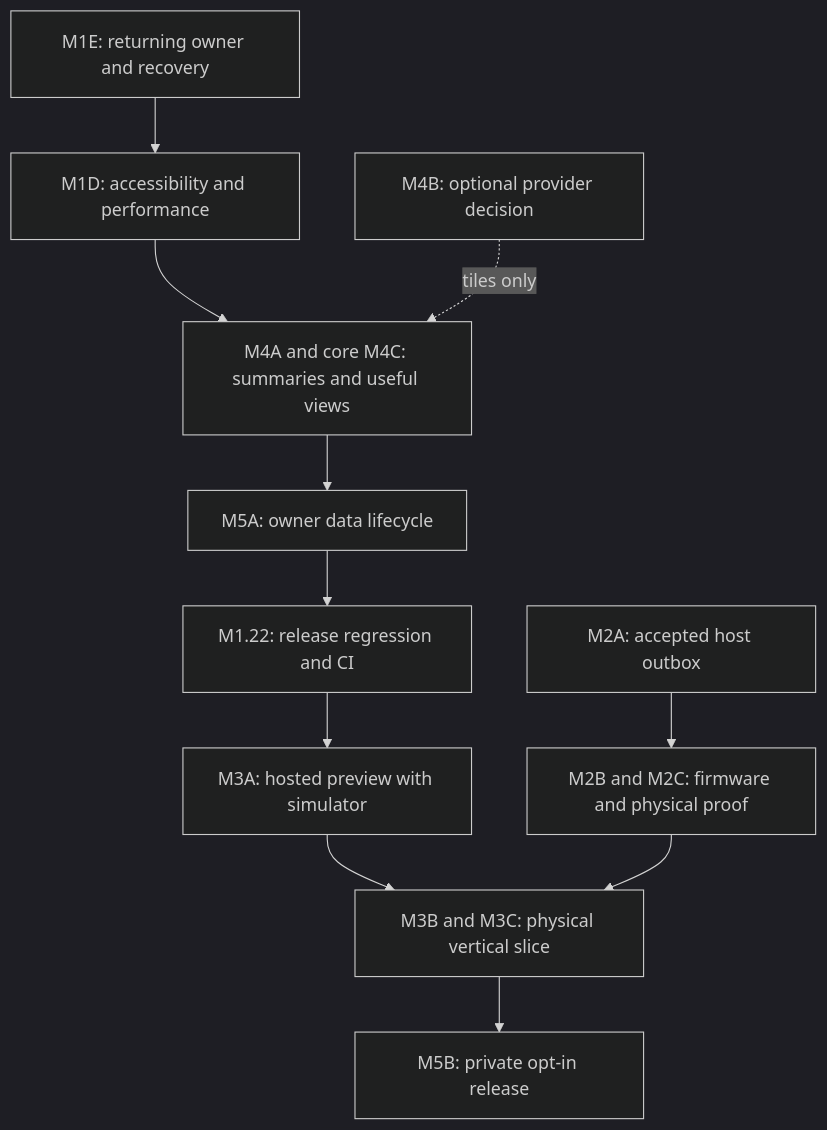
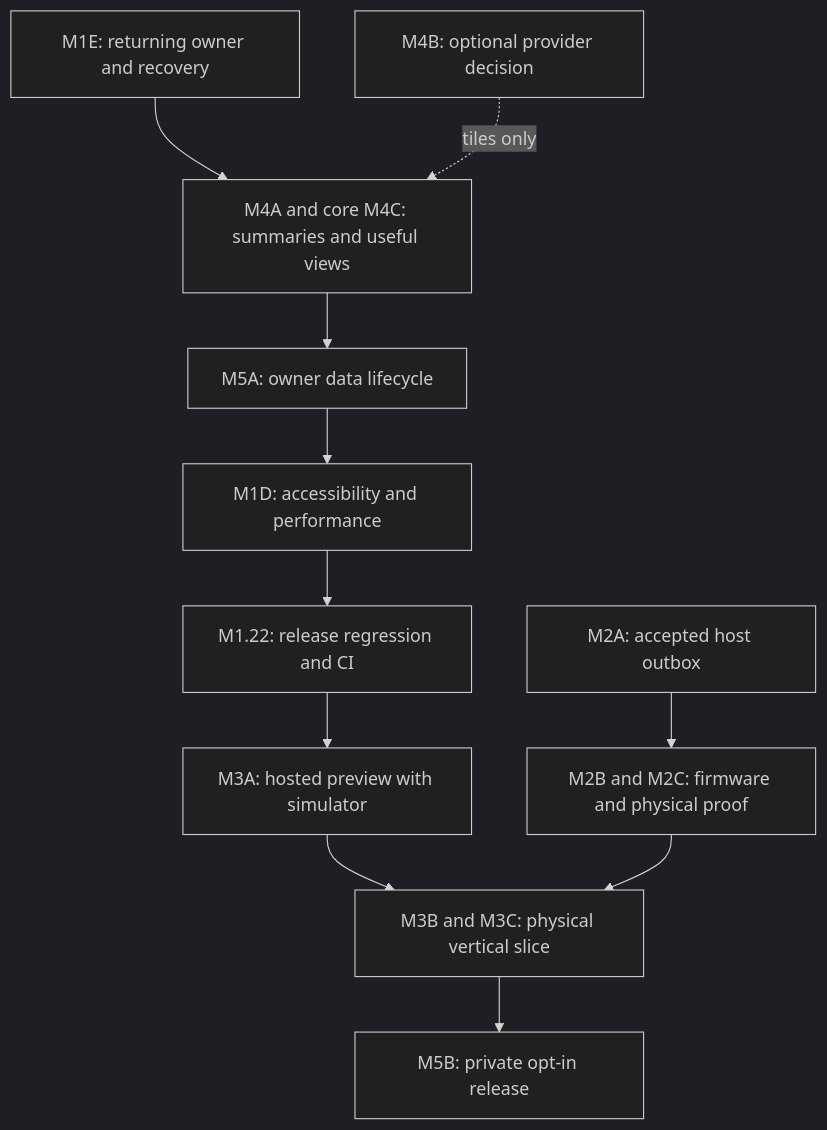
The second of 2 diagrams in docs/PLANS/2026-08-13_web-platform-bidirectional-sync-plan.md (bultodepapas/Dog-RGB), drawn with Mermaid (dark theme) before and after one commit. The commit also changed other lines of this file and 140 other files, not shown here.

````diff
--- a/docs/PLANS/2026-08-13_web-platform-bidirectional-sync-plan.md
+++ b/docs/PLANS/2026-08-13_web-platform-bidirectional-sync-plan.md
@@ -178,13 +178,13 @@
 ```mermaid
 flowchart TD
-  ENTRY[M1E: returning owner and recovery] --> QUALITY[M1D: accessibility and performance]
-  QUALITY --> DATA[M4A and core M4C: summaries and useful views]
+  ENTRY[M1E: returning owner and recovery] --> DATA[M4A and core M4C: summaries and useful views]
   DATA --> PRIVACY[M5A: owner data lifecycle]
-  PRIVACY --> CI[M1.22: release regression and CI]
+  PRIVACY --> QUALITY[M1D: accessibility and performance]
+  QUALITY --> CI[M1.22: release regression and CI]
   CI --> PREVIEW[M3A: hosted preview with simulator]
   HOST[M2A: accepted host outbox] --> FW[M2B and M2C: firmware and physical proof]
   PREVIEW --> COLLAR[M3B and M3C: physical vertical slice]
   FW --> COLLAR
   COLLAR --> RELEASE[M5B: private opt-in release]
   MAP[M4B: optional provider decision] -. tiles only .-> DATA
 ```
````
